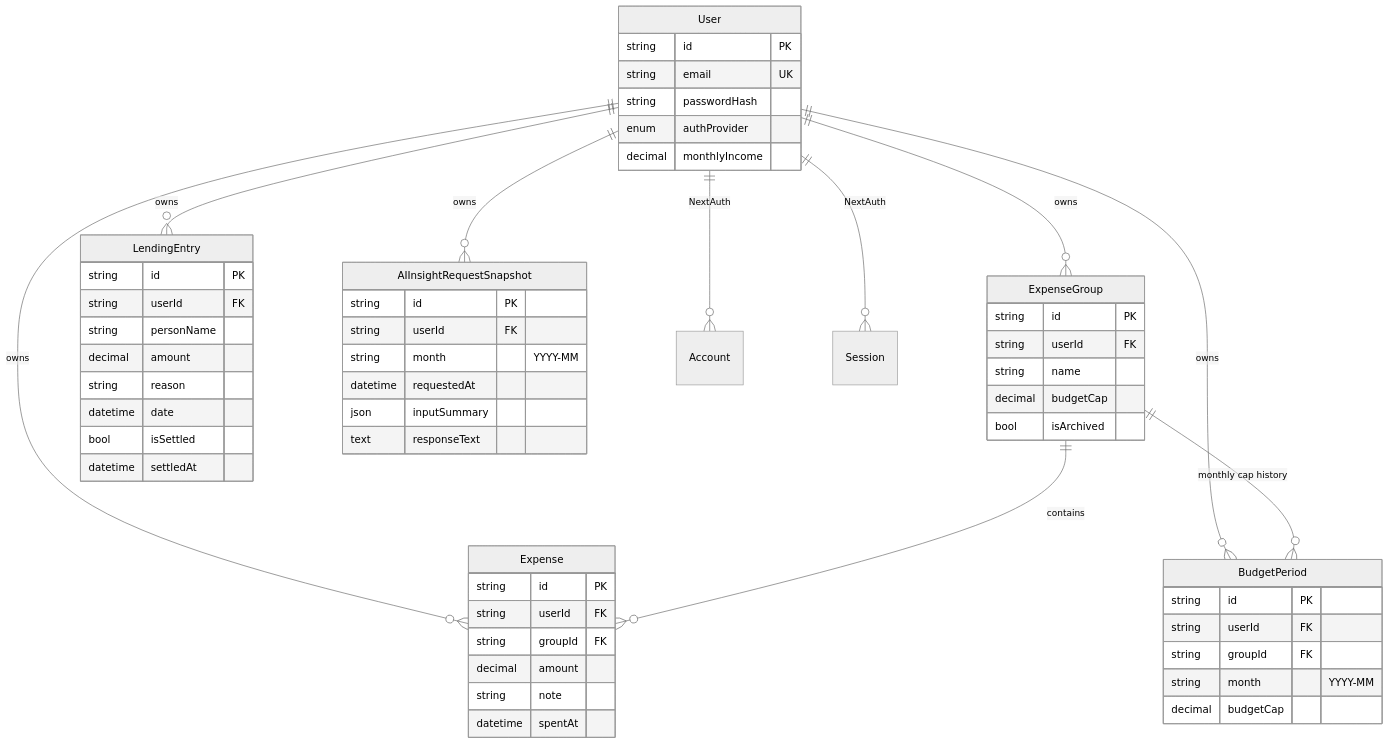
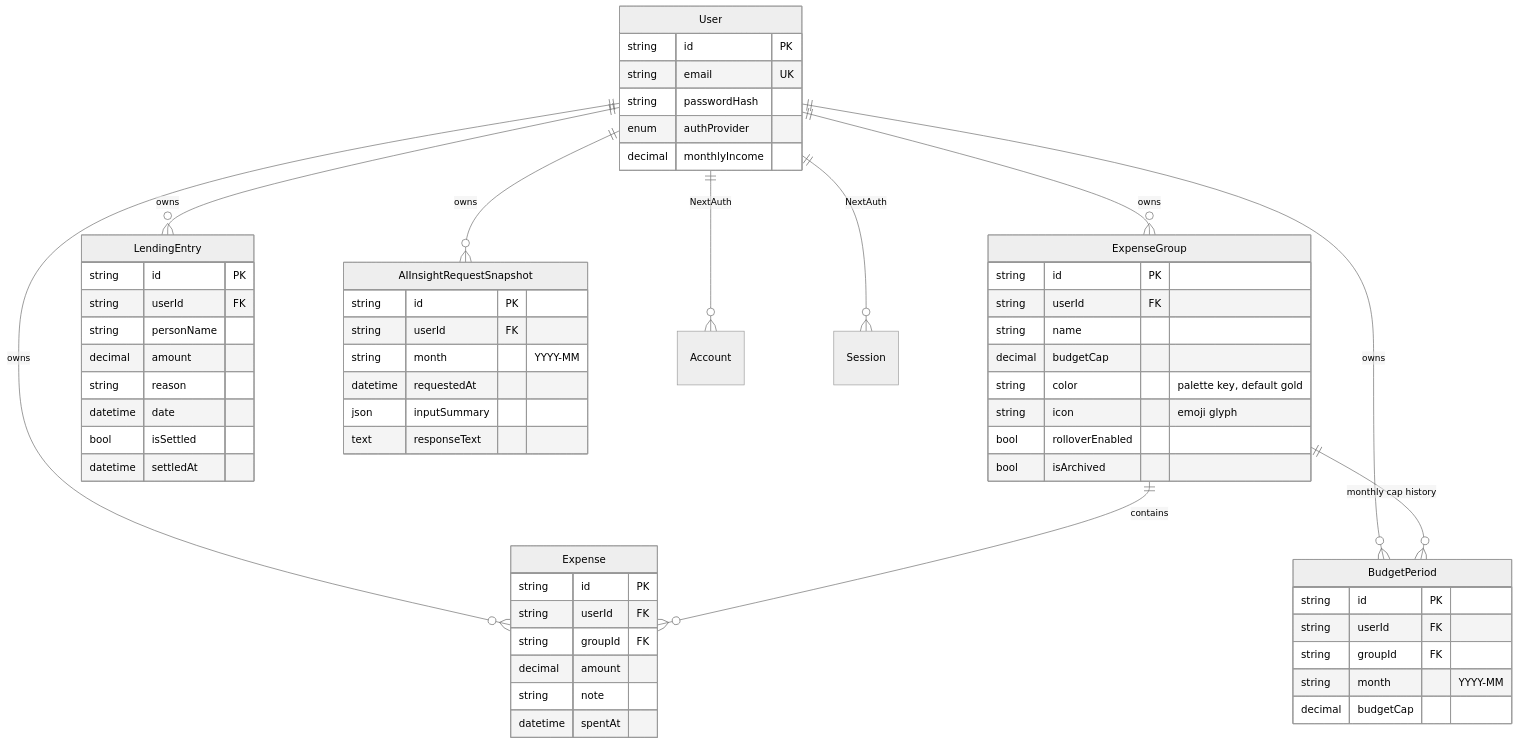
The diagram in docs/DATABASE.md (arindal1/hardcap), drawn with Mermaid (neutral theme) before and after one commit. The commit also changed other lines of this file and 34 other files, not shown here.

````diff
--- a/docs/DATABASE.md
+++ b/docs/DATABASE.md
@@ -7,60 +7,63 @@
 ```mermaid
 erDiagram
     User ||--o{ ExpenseGroup : owns
     User ||--o{ Expense : owns
     User ||--o{ LendingEntry : owns
     User ||--o{ BudgetPeriod : owns
     User ||--o{ AIInsightRequestSnapshot : owns
     User ||--o{ Account : "NextAuth"
     User ||--o{ Session : "NextAuth"
     ExpenseGroup ||--o{ Expense : contains
     ExpenseGroup ||--o{ BudgetPeriod : "monthly cap history"
 
     User {
         string id PK
         string email UK
         string passwordHash
         enum authProvider
         decimal monthlyIncome
     }
     ExpenseGroup {
         string id PK
         string userId FK
         string name
         decimal budgetCap
+        string color "palette key, default gold"
+        string icon "emoji glyph"
+        bool rolloverEnabled
         bool isArchived
     }
     BudgetPeriod {
         string id PK
         string userId FK
         string groupId FK
         string month "YYYY-MM"
         decimal budgetCap
     }
     Expense {
         string id PK
         string userId FK
         string groupId FK
         decimal amount
         string note
         datetime spentAt
     }
     LendingEntry {
         string id PK
         string userId FK
         string personName
         decimal amount
         string reason
         datetime date
         bool isSettled
         datetime settledAt
     }
     AIInsightRequestSnapshot {
         string id PK
         string userId FK
         string month "YYYY-MM"
         datetime requestedAt
         json inputSummary
         text responseText
     }
 ```
````
